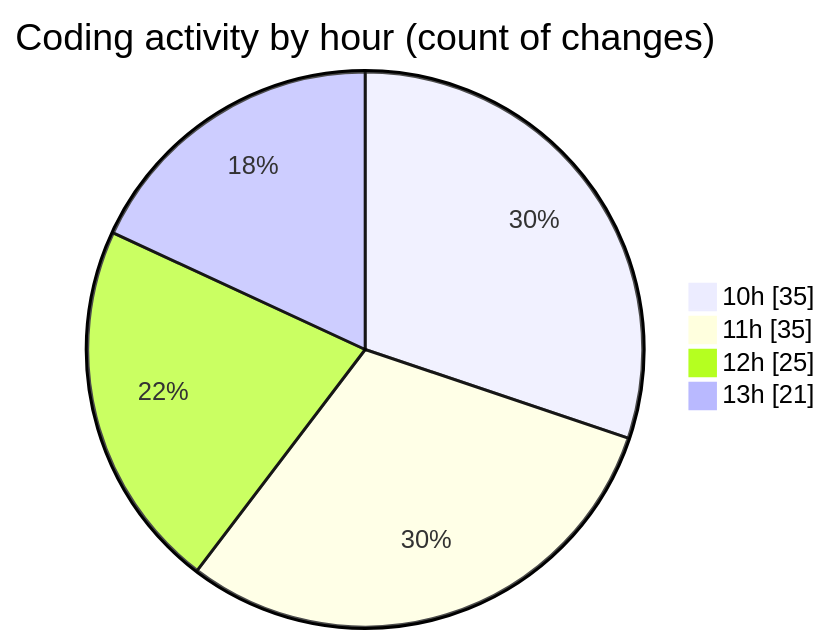
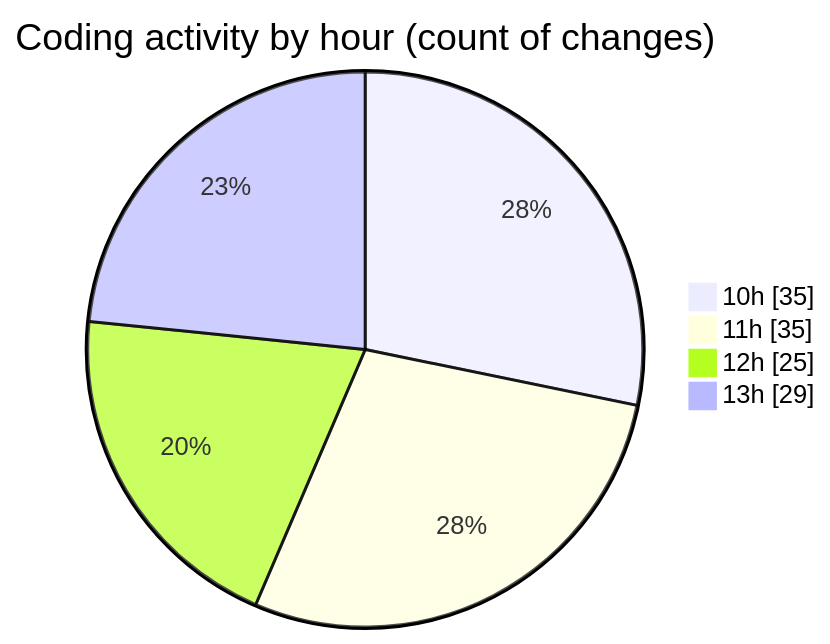
Before and after one commit to momahboobian/code-tracking: the second of 2 diagrams in 2025-03-26/cda/README.md, drawn with Mermaid. The commit also changed other lines of this file and 1 other file, not shown here.

````diff
--- a/2025-03-26/cda/README.md
+++ b/2025-03-26/cda/README.md
@@ -53,8 +53,8 @@
 ```mermaid
 pie showData
 title Coding activity by hour (count of changes)
 "10h" : 35
 "11h" : 35
 "12h" : 25
-"13h" : 21
+"13h" : 29
 ```
````
